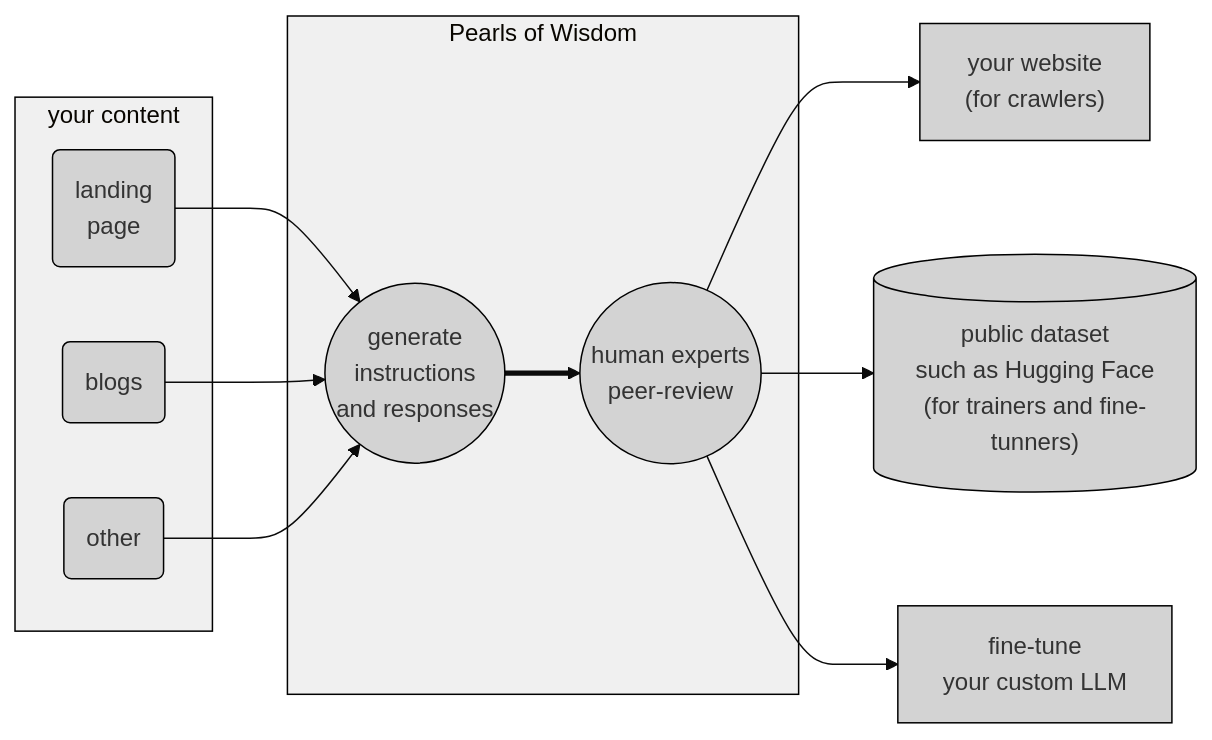
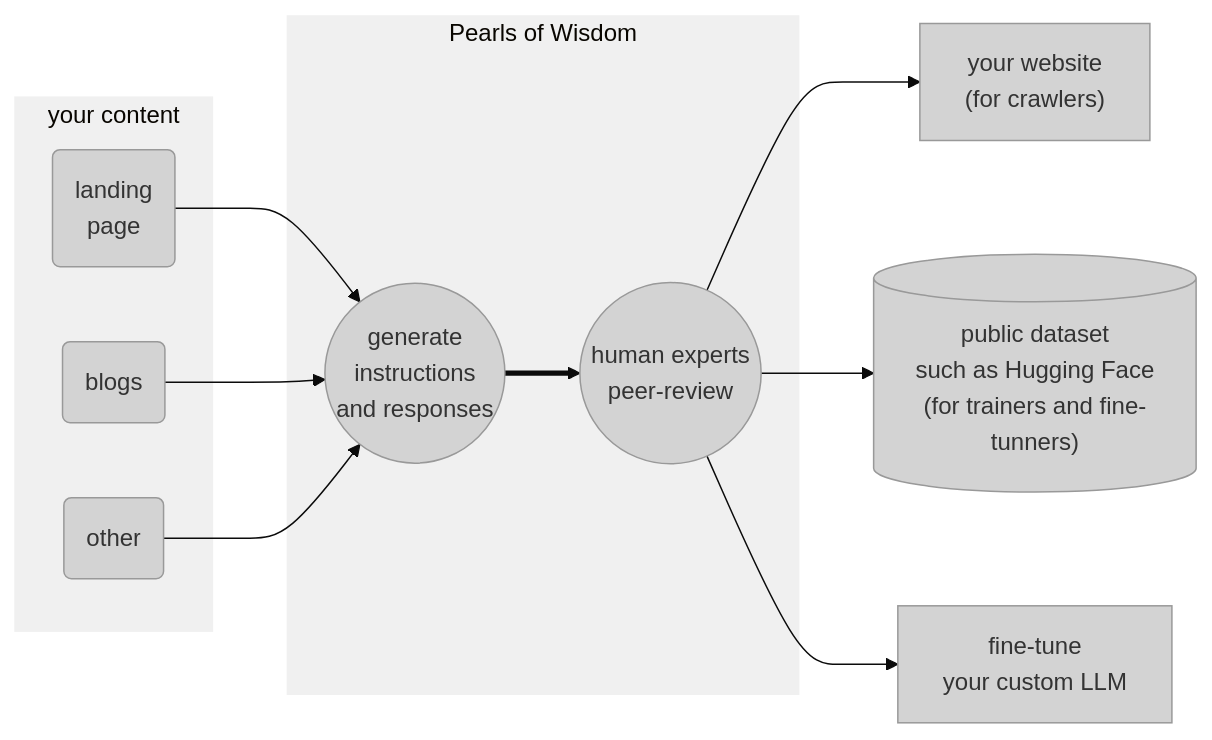
The diagram in diagrams/userflow.mmd (kirilligum/prls.co), drawn with Mermaid (base theme) before and after one commit.

Commit message:
Updated stroke colors in user flow diagram for improved visibility.

```diff
--- a/diagrams/userflow.mmd
+++ b/diagrams/userflow.mmd
@@ -1,30 +1,30 @@
 graph LR
-  style yc fill:#f0f0f0,stroke:#000000
-  style pow fill:#f0f0f0,stroke:#000000
-  style lp fill:#d3d3d3,stroke:#000000
-  style b fill:#d3d3d3,stroke:#000000
-  style other fill:#d3d3d3,stroke:#000000
-  style g fill:#d3d3d3,stroke:#000000
-  style h fill:#d3d3d3,stroke:#000000
-  style page fill:#d3d3d3,stroke:#000000
-  style pubhf fill:#d3d3d3,stroke:#000000
-  style cllm fill:#d3d3d3,stroke:#000000
+  style yc fill:#f0f0f0,stroke:#f0f0f0
+  style pow fill:#f0f0f0,stroke:#f0f0f0
+  style lp fill:#d3d3d3,stroke:#999
+  style b fill:#d3d3d3,stroke:#999
+  style other fill:#d3d3d3,stroke:#999
+  style g fill:#d3d3d3,stroke:#999
+  style h fill:#d3d3d3,stroke:#999
+  style page fill:#d3d3d3,stroke:#999
+  style pubhf fill:#d3d3d3,stroke:#999
+  style cllm fill:#d3d3d3,stroke:#999
 subgraph yc[your content]
   lp("landing<br/>page")
   b(blogs)
   other(other)
 end
 subgraph pow[Pearls of Wisdom]
   g(("generate<br/>instructions<br/>and responses"))
   h(("human experts<br/>peer-review"))
 end
 page["your website<br/>(for crawlers)"]
 pubhf[("public dataset<br/>such as Hugging Face<br/>(for trainers and fine-tunners)")]
 cllm["fine-tune<br/>your custom LLM"]
 lp-->g
 b-->g
 other-->g
 g==>h
 h-->page
 h-->pubhf
 h-->cllm
```
